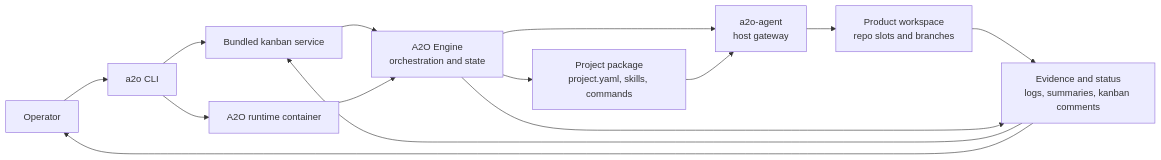
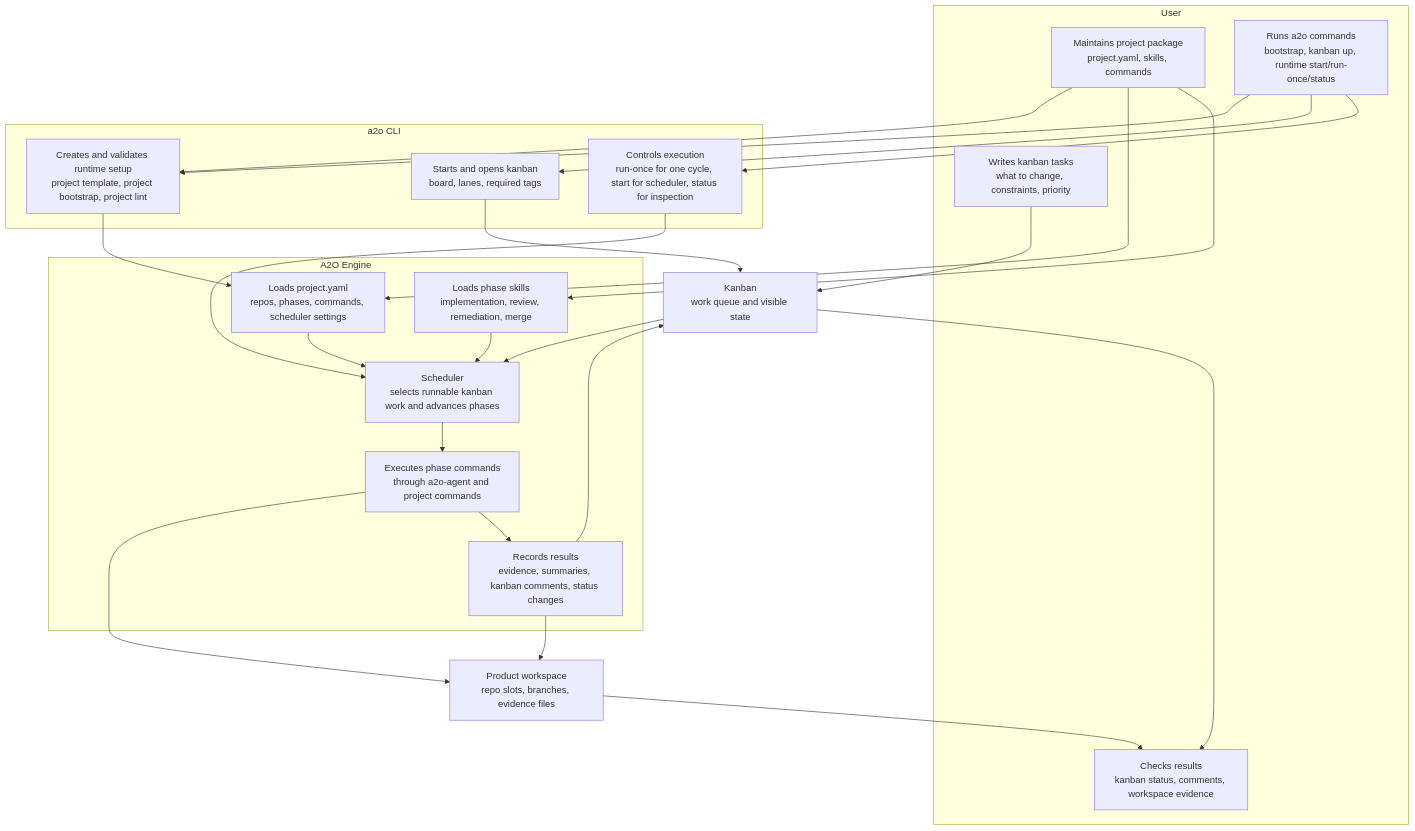
The diagram in docs/en/dev/00-design-map.md (wamukat/a2o), drawn with Mermaid before and after one commit. The commit also changed other lines of this file and 1 other file, not shown here.

Commit message:
A2O#84 Refocus architecture diagram

````diff
--- a/docs/en/dev/00-design-map.md
+++ b/docs/en/dev/00-design-map.md
@@ -14,26 +14,47 @@
 ```mermaid
-flowchart LR
-  User["Operator"]
-  CLI["a2o CLI"]
-  Kanban["Bundled kanban service"]
-  Runtime["A2O runtime container"]
-  Engine["A2O Engine\norchestration and state"]
-  Agent["a2o-agent\nhost gateway"]
-  Package["Project package\nproject.yaml, skills, commands"]
-  Workspace["Product workspace\nrepo slots and branches"]
-  Evidence["Evidence and status\nlogs, summaries, kanban comments"]
+flowchart TB
+  subgraph User["User"]
+    Task["Writes kanban tasks\nwhat to change, constraints, priority"]
+    Package["Maintains project package\nproject.yaml, skills, commands"]
+    Command["Runs a2o commands\nbootstrap, kanban up, runtime start/run-once/status"]
+    Observe["Checks results\nkanban status, comments, workspace evidence"]
+  end
 
-  User --> CLI
-  CLI --> Kanban
-  CLI --> Runtime
-  Kanban --> Engine
-  Runtime --> Engine
-  Engine --> Package
-  Engine --> Agent
-  Agent --> Workspace
-  Package --> Agent
-  Workspace --> Evidence
-  Engine --> Evidence
-  Evidence --> Kanban
-  Evidence --> User
+  subgraph CLI["a2o CLI"]
+    Bootstrap["Creates and validates runtime setup\nproject template, project bootstrap, project lint"]
+    KanbanOps["Starts and opens kanban\nboard, lanes, required tags"]
+    RuntimeOps["Controls execution\nrun-once for one cycle, start for scheduler, status for inspection"]
+  end
+
+  subgraph Engine["A2O Engine"]
+    Config["Loads project.yaml\nrepos, phases, commands, scheduler settings"]
+    SkillUse["Loads phase skills\nimplementation, review, remediation, merge"]
+    Scheduler["Scheduler\nselects runnable kanban work and advances phases"]
+    Execute["Executes phase commands\nthrough a2o-agent and project commands"]
+    Report["Records results\nevidence, summaries, kanban comments, status changes"]
+  end
+
+  Kanban["Kanban\nwork queue and visible state"]
+  Workspace["Product workspace\nrepo slots, branches, evidence files"]
+
+  Task --> Kanban
+  Package --> Bootstrap
+  Command --> Bootstrap
+  Command --> KanbanOps
+  Command --> RuntimeOps
+  Bootstrap --> Config
+  KanbanOps --> Kanban
+  RuntimeOps --> Scheduler
+  Kanban --> Scheduler
+  Config --> Scheduler
+  SkillUse --> Scheduler
+  Package --> Config
+  Package --> SkillUse
+  Scheduler --> Execute
+  Execute --> Workspace
+  Execute --> Report
+  Report --> Workspace
+  Report --> Kanban
+  Kanban --> Observe
+  Workspace --> Observe
 ```
````
